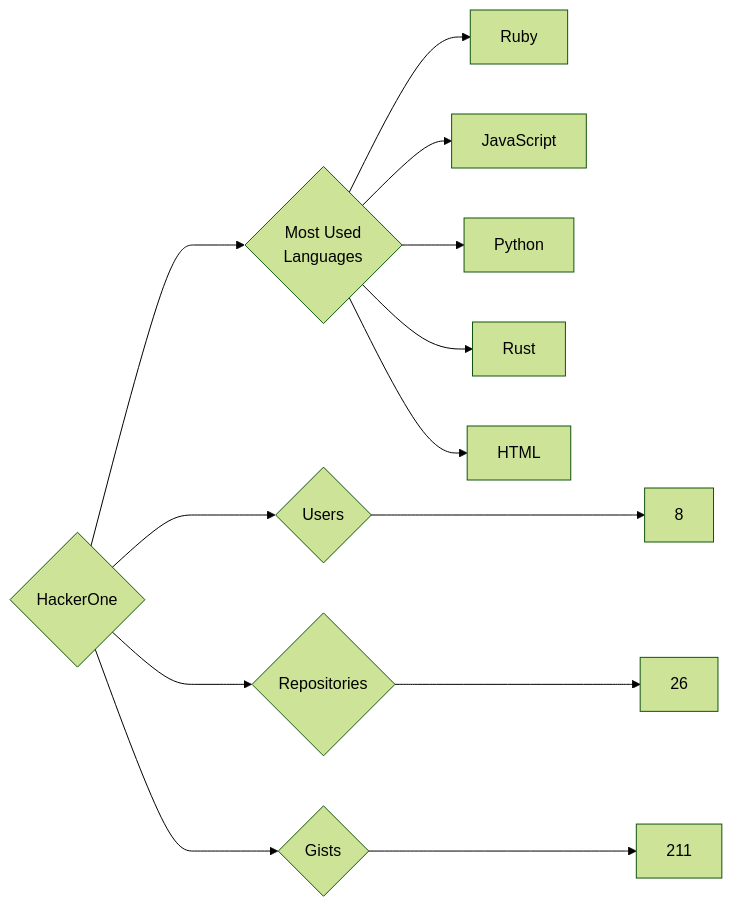
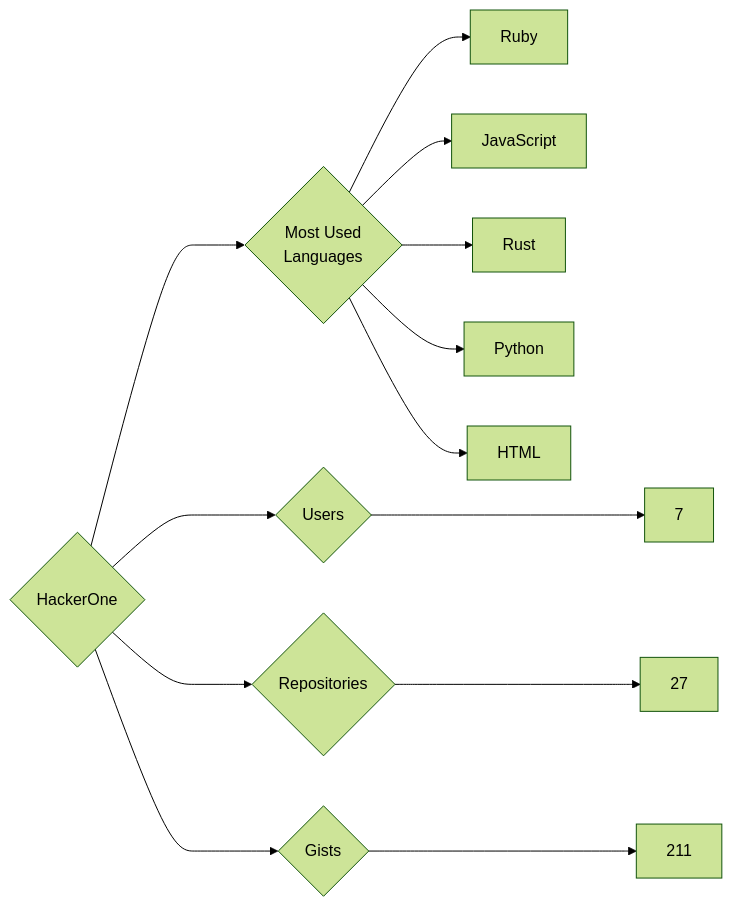
Before and after one commit to trickest/insiders: the diagram in targets/HackerOne/README.md, drawn with Mermaid (forest theme). The commit also changed 724 other files, not shown here.

````diff
--- a/targets/HackerOne/README.md
+++ b/targets/HackerOne/README.md
@@ -3,13 +3,13 @@
 ```mermaid
 graph LR
 COMPANY_NAME{HackerOne}
-COMPANY_NAME ---> U{Users} ---> UN[8]
-COMPANY_NAME ---> R{Repositories} ---> RN[26]
+COMPANY_NAME ---> U{Users} ---> UN[7]
+COMPANY_NAME ---> R{Repositories} ---> RN[27]
 COMPANY_NAME ---> G{Gists} ---> GN[211]
 COMPANY_NAME ---> ML{Most Used<br>Languages}
 ML --> Ruby[Ruby]
 ML --> JavaScript[JavaScript]
+ML --> Rust[Rust]
 ML --> Python[Python]
-ML --> Rust[Rust]
 ML --> HTML[HTML]
 ```
````
